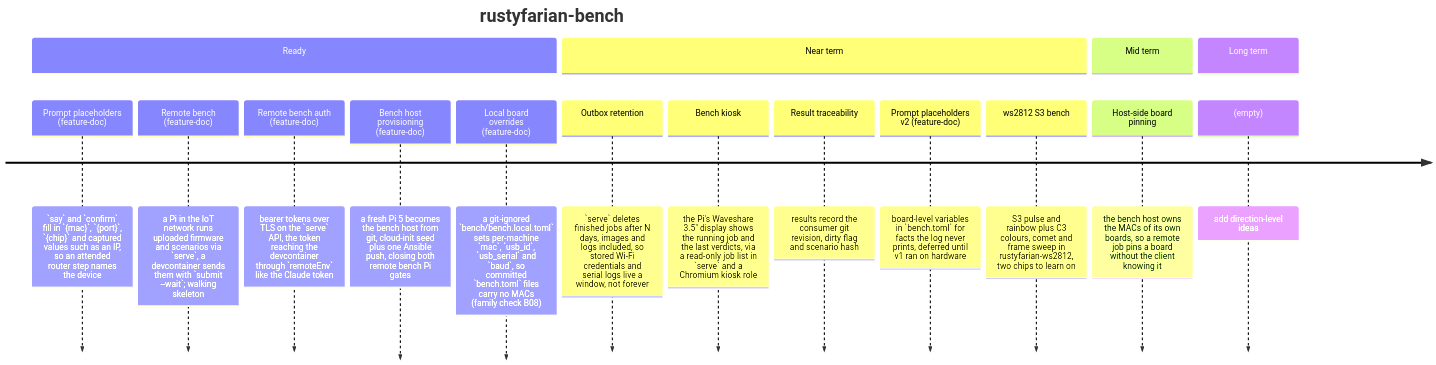
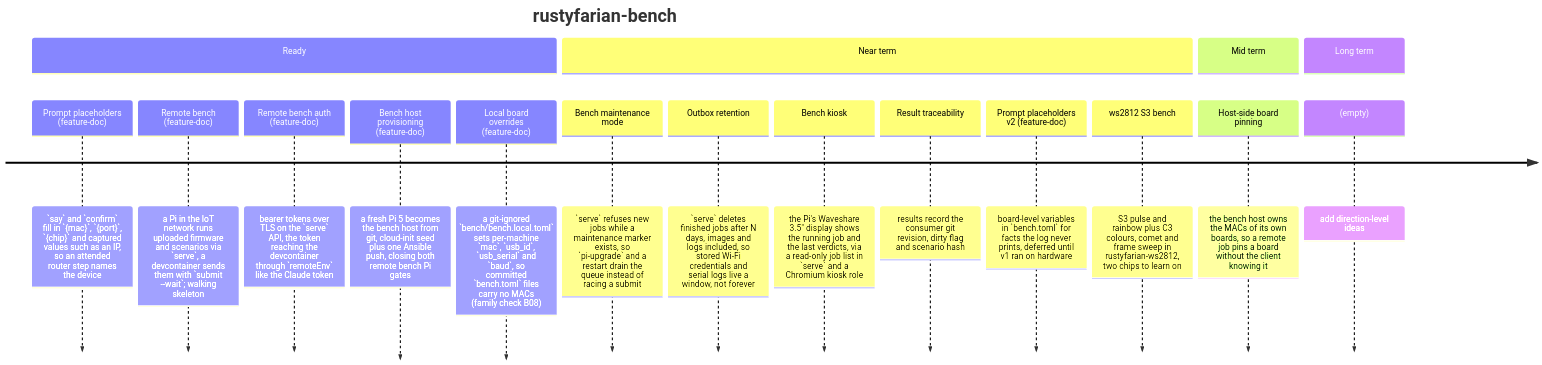
One commit to datenkollektiv/rustyfarian-bench changed the diagram in docs/ROADMAP.md. Above: the diagram before and after it, drawn with Mermaid. The commit also changed 12 other files, not shown here.

Commit message:
Guard the bench host's OS upgrade behind unfinished jobs

````diff
--- a/docs/ROADMAP.md
+++ b/docs/ROADMAP.md
@@ -8,20 +8,21 @@
 ```mermaid
 timeline
     title rustyfarian-bench
     section Ready
         Prompt placeholders (feature-doc) : `say` and `confirm` fill in `{mac}`, `{port}`, `{chip}` and captured values such as an IP, so an attended router step names the device
         Remote bench (feature-doc) : a Pi in the IoT network runs uploaded firmware and scenarios via `serve`, a devcontainer sends them with `submit --wait`; walking skeleton
         Remote bench auth (feature-doc) : bearer tokens over TLS on the `serve` API, the token reaching the devcontainer through `remoteEnv` like the Claude token
         Bench host provisioning (feature-doc) : a fresh Pi 5 becomes the bench host from git, cloud-init seed plus one Ansible push, closing both remote bench Pi gates
         Local board overrides (feature-doc) : a git-ignored `bench/bench.local.toml` sets per-machine `mac`, `usb_id`, `usb_serial` and `baud`, so committed `bench.toml` files carry no MACs (family check B08)
     section Near term
+        Bench maintenance mode : `serve` refuses new jobs while a maintenance marker exists, so `pi-upgrade` and a restart drain the queue instead of racing a submit
         Outbox retention : `serve` deletes finished jobs after N days, images and logs included, so stored Wi-Fi credentials and serial logs live a window, not forever
         Bench kiosk : the Pi's Waveshare 3.5" display shows the running job and the last verdicts, via a read-only job list in `serve` and a Chromium kiosk role
         Result traceability : results record the consumer git revision, dirty flag and scenario hash
         Prompt placeholders v2 (feature-doc) : board-level variables in `bench.toml` for facts the log never prints, deferred until v1 ran on hardware
         ws2812 S3 bench : S3 pulse and rainbow plus C3 colours, comet and frame sweep in rustyfarian-ws2812, two chips to learn on
     section Mid term
         Host-side board pinning : the bench host owns the MACs of its own boards, so a remote job pins a board without the client knowing it
     section Long term
         (empty) : add direction-level ideas
 ```
````
